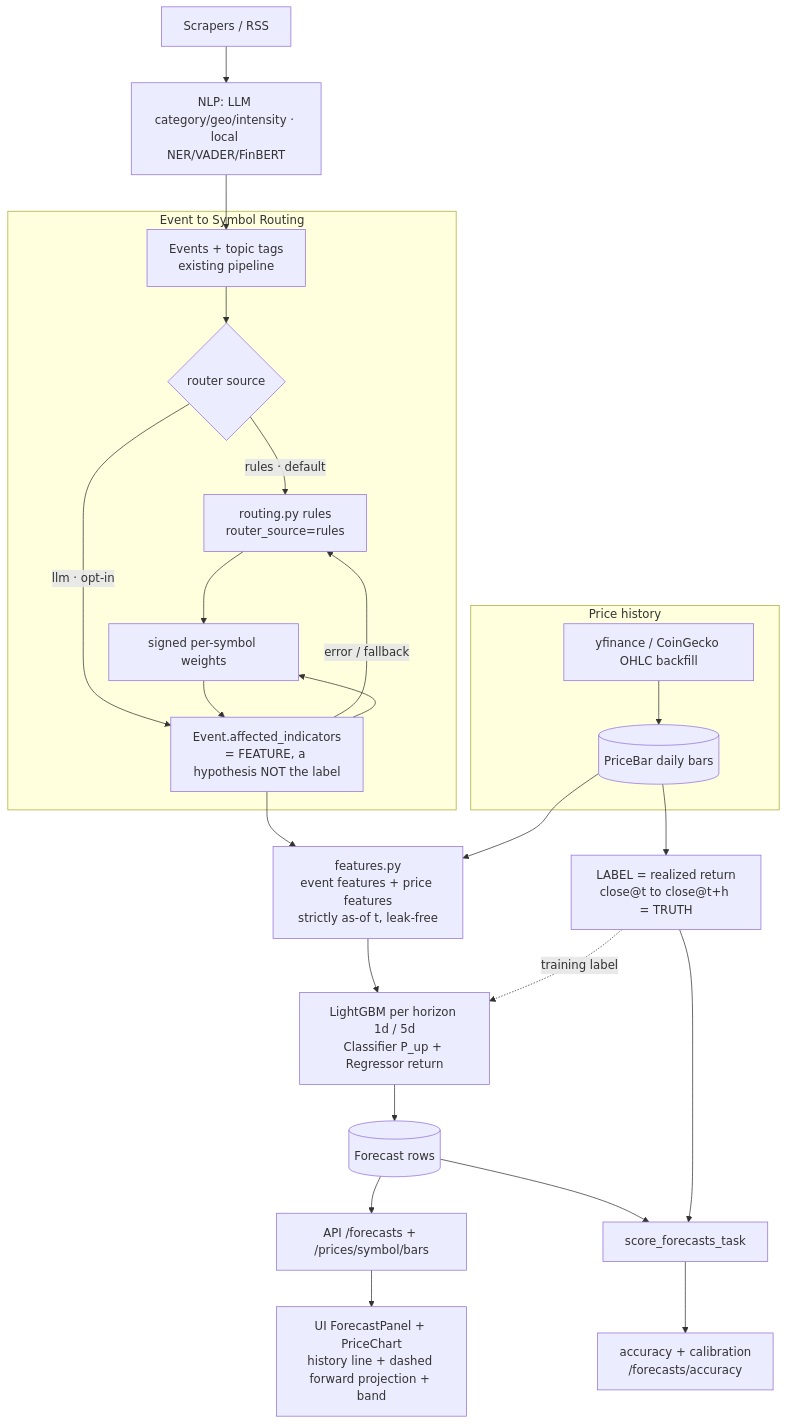
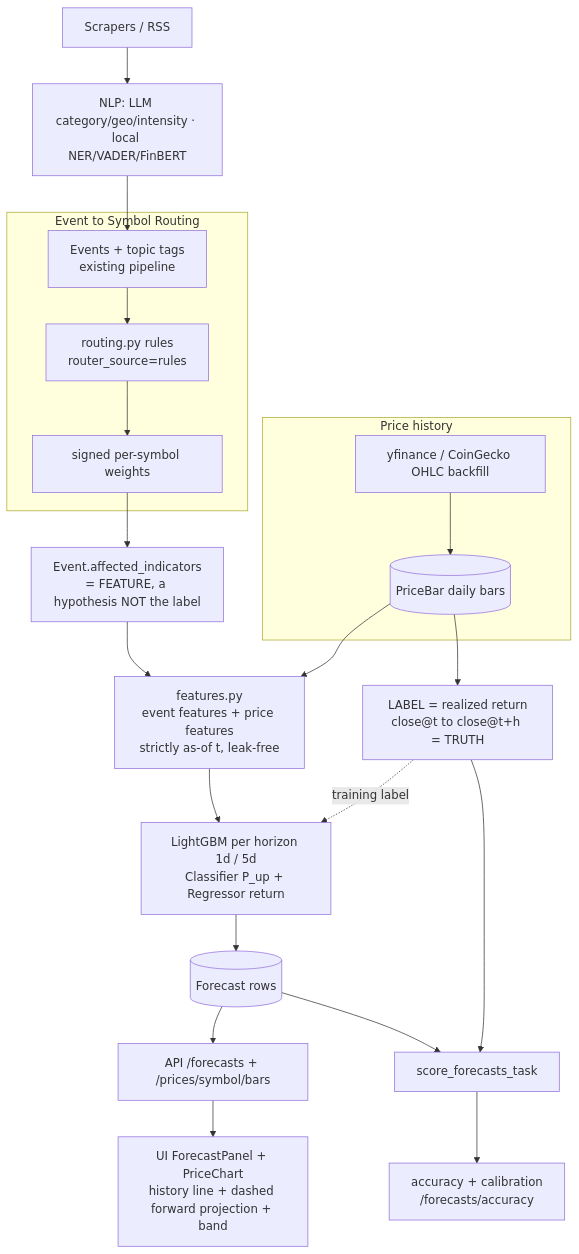
Before and after one commit to jameelhamdan/event-horizon: the first of 3 diagrams in docs/forecasting.md, drawn with Mermaid. The commit also changed other lines of this file and 54 other files, not shown here.

````diff
--- a/docs/forecasting.md
+++ b/docs/forecasting.md
@@ -19,36 +19,32 @@
 ```mermaid
 flowchart TD
     A[Scrapers / RSS] --> B[NLP: LLM category/geo/intensity · local NER/VADER/FinBERT]
     B --> C[Events + topic tags<br/>existing pipeline]
 
     subgraph ROUTING [Event to Symbol Routing]
-        C --> D{router source}
-        D -->|rules · default| F[routing.py rules<br/>router_source=rules]
-        D -->|llm · opt-in| G[LLMEventRouter<br/>router_source=llm]
-        G -->|error / fallback| F
+        C --> F[routing.py rules<br/>router_source=rules]
         F --> E[signed per-symbol weights]
-        G --> E
     end
 
     E --> G[Event.affected_indicators<br/>= FEATURE, a hypothesis NOT the label]
 
     subgraph PRICES [Price history]
         P1[yfinance / CoinGecko OHLC backfill] --> P2[(PriceBar daily bars)]
     end
 
     G --> H[features.py<br/>event features + price features<br/>strictly as-of t, leak-free]
     P2 --> H
 
     H --> I[LightGBM per horizon 1d / 5d<br/>Classifier P_up + Regressor return]
     P2 --> L[LABEL = realized return<br/>close@t to close@t+h = TRUTH]
 
     I --> J[(Forecast rows)]
     J --> K[API /forecasts + /prices/symbol/bars]
     K --> M[UI ForecastPanel + PriceChart<br/>history line + dashed forward projection + band]
 
     J --> S[score_forecasts_task]
     L --> S
     S --> N[accuracy + calibration<br/>/forecasts/accuracy]
 
     L -.training label.-> I
 ```
````
